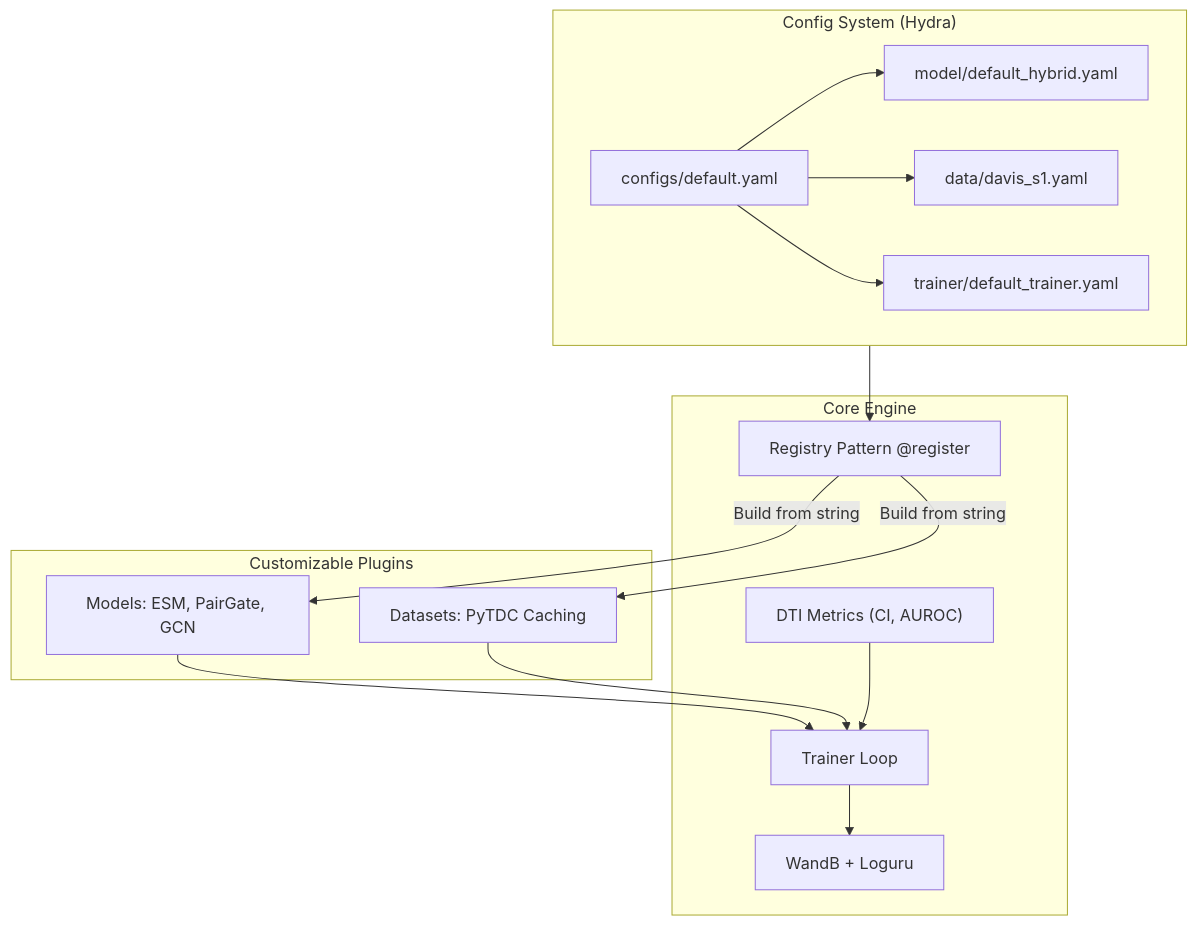
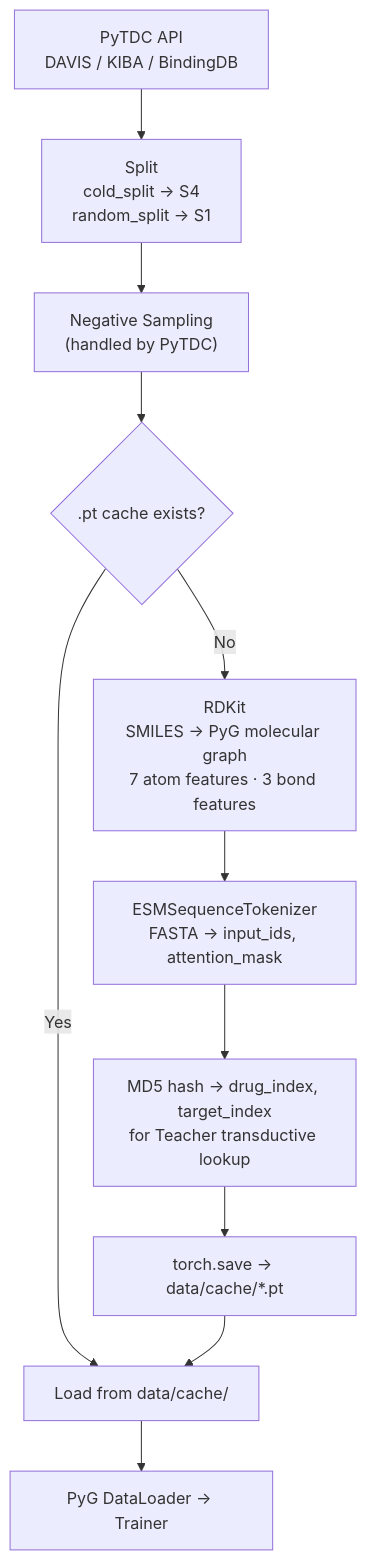
One commit to mysorf-9239/UGTSDTI changed the second of 3 diagrams in README.md. Above: the diagram before and after it, drawn with Mermaid. The commit also changed other lines of this file and 26 other files, not shown here.

````diff
--- a/README.md
+++ b/README.md
@@ -14,28 +114,13 @@
 ```mermaid
-graph TD
-    subgraph Configurations["Config System (Hydra)"]
-        A["configs/default.yaml"] --> M["model/default_hybrid.yaml"]
-        A --> D["data/davis_s1.yaml"]
-        A --> T["trainer/default_trainer.yaml"]
-    end
-
-    subgraph CoreEngine["Core Engine"]
-        R["Registry Pattern @register"]
-        Trainer["Trainer Loop"]
-        Metrics["DTI Metrics (CI, AUROC)"]
-        Logger["WandB + Loguru"]
-    end
-
-    subgraph Plugins["Customizable Plugins"]
-        Model["Models: ESM, PairGate, GCN"]
-        Data["Datasets: PyTDC Caching"]
-    end
-
-    Configurations --> R
-    R -->|"Build from string"| Model
-    R -->|"Build from string"| Data
-    Model --> Trainer
-    Data --> Trainer
-    Metrics --> Trainer
-    Trainer --> Logger
+flowchart TD
+    A["PyTDC API\nDAVIS / KIBA / BindingDB"] --> B["Split\ncold_split → S4\nrandom_split → S1"]
+    B --> C["Negative Sampling\n(handled by PyTDC)"]
+    C --> D{".pt cache exists?"}
+    D -- Yes --> E["Load from data/cache/"]
+    D -- No --> F["RDKit\nSMILES → PyG molecular graph\n7 atom features · 3 bond features"]
+    F --> G["ESMSequenceTokenizer\nFASTA → input_ids, attention_mask"]
+    G --> H["MD5 hash → drug_index, target_index\nfor Teacher transductive lookup"]
+    H --> I["torch.save → data/cache/*.pt"]
+    I --> E
+    E --> J["PyG DataLoader → Trainer"]
 ```
````
